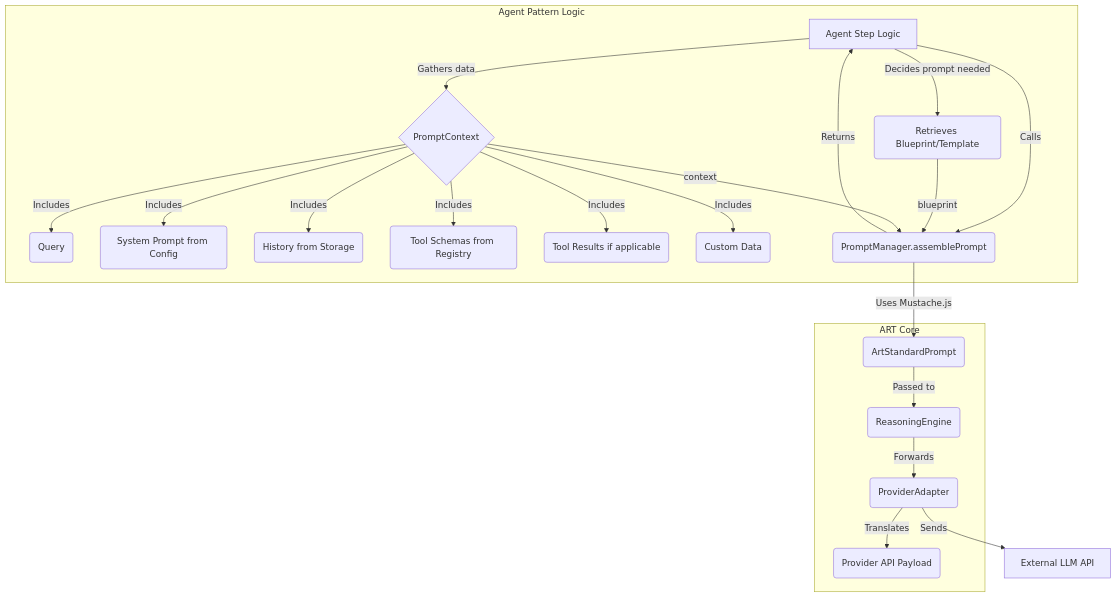
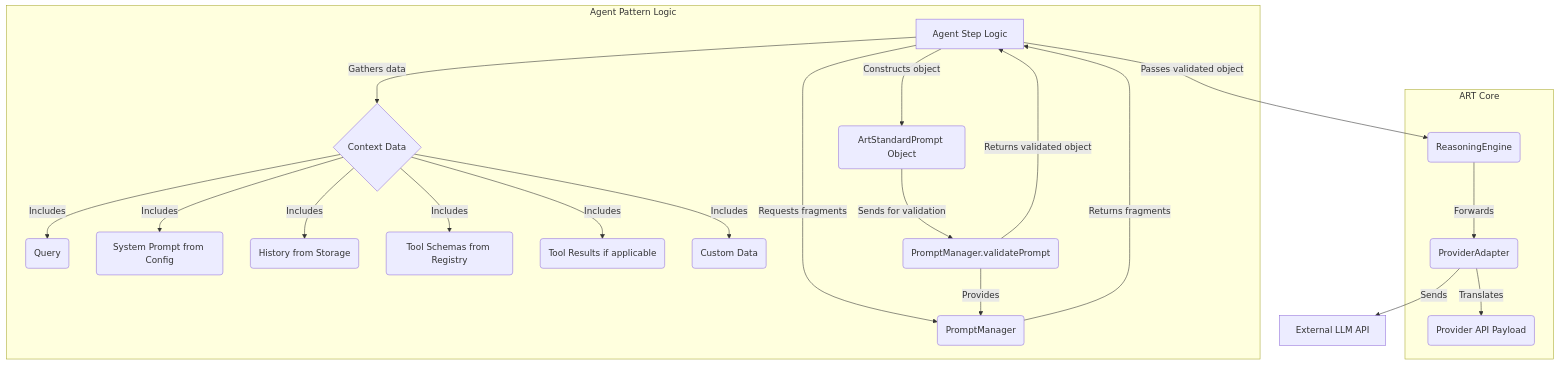
The diagram in ART-Concept/updateddocs/comprehensive-guide-chapters/2.2-prompt-management-architecture.md (hashangit/ART), drawn with Mermaid before and after one commit. The commit also changed other lines of this file and 3 other files, not shown here.

Commit message:
docs: Update architecture and prompt management documentation to reflect recent refactoring and clarify component responsibilities

````diff
--- a/ART-Concept/updateddocs/comprehensive-guide-chapters/2.2-prompt-management-architecture.md
+++ b/ART-Concept/updateddocs/comprehensive-guide-chapters/2.2-prompt-management-architecture.md
@@ -15,27 +15,27 @@
 ```mermaid
 graph TD
     subgraph AgentLogic["Agent Pattern Logic"]
-        A[Agent Step Logic] -->|Decides prompt needed| B(Retrieves Blueprint/Template)
-        A -->|Gathers data| C{PromptContext}
+        A[Agent Step Logic] -->|Gathers data| C{Context Data}
         C -->|Includes| Q(Query)
         C -->|Includes| SP(System Prompt from Config)
         C -->|Includes| H(History from Storage)
         C -->|Includes| TS(Tool Schemas from Registry)
         C -->|Includes| TR(Tool Results if applicable)
         C -->|Includes| CD(Custom Data)
-        A -->|Calls| PM(PromptManager.assemblePrompt)
-        B -->|blueprint| PM
-        C -->|context| PM
+        A -->|Requests fragments| PM(PromptManager.getFragment)
+        PM -->|Returns fragments| A
+        A -->|Constructs object| ASP(ArtStandardPrompt Object)
+        ASP -->|Sends for validation| PMV(PromptManager.validatePrompt)
+        PMV -->|Returns validated object| A
     end
 
     subgraph ARTCore["ART Core"]
-        PM -->|Uses Mustache.js| ASP(ArtStandardPrompt)
-        PM -->|Returns| A
-        ASP -->|Passed to| RE(ReasoningEngine)
+        PMV -->|Provides| PM(PromptManager)
+        A -->|Passes validated object| RE(ReasoningEngine)
         RE -->|Forwards| PA(ProviderAdapter)
         PA -->|Translates| APIFormat(Provider API Payload)
     end
 
     PA -->|Sends| ExtAPI[External LLM API]
 
 ```
````
